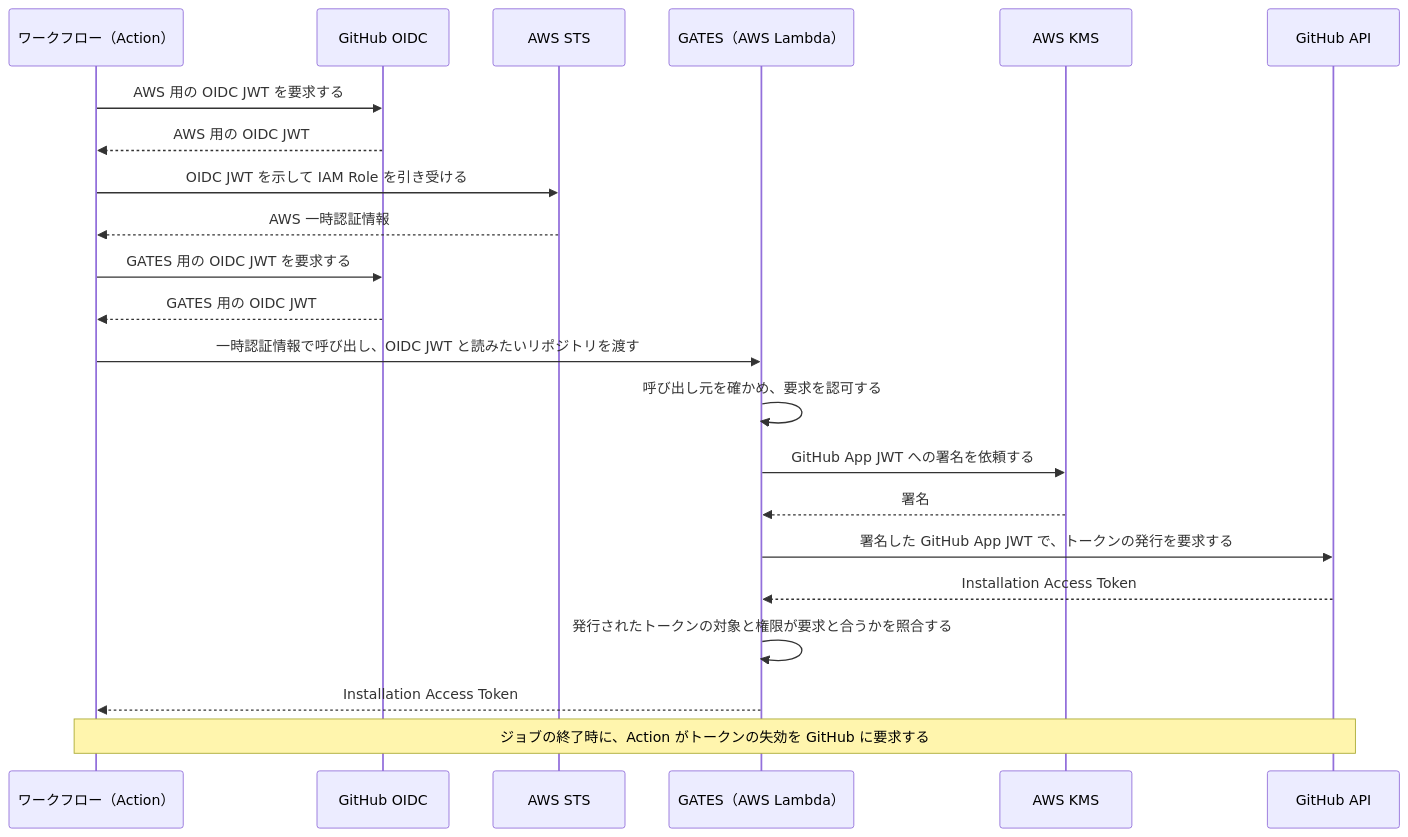
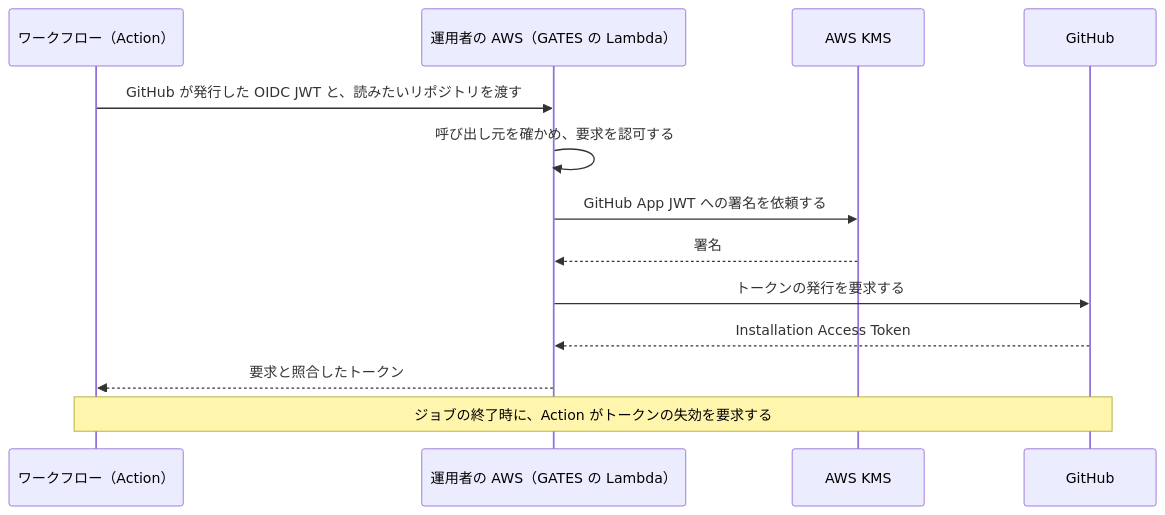
The diagram in docs/user-guide/overview.md (tmknom/gates), drawn with Mermaid before and after one commit. The commit also changed other lines of this file and 15 other files, not shown here.

````diff
--- a/docs/user-guide/overview.md
+++ b/docs/user-guide/overview.md
@@ -25,24 +24,15 @@
 ```mermaid
 sequenceDiagram
     participant W as ワークフロー（Action）
-    participant O as GitHub OIDC
-    participant S as AWS STS
-    participant L as GATES（AWS Lambda）
+    participant A as 運用者の AWS（GATES の Lambda）
     participant K as AWS KMS
-    participant G as GitHub API
-    W->>O: AWS 用の OIDC JWT を要求する
-    O-->>W: AWS 用の OIDC JWT
-    W->>S: OIDC JWT を示して IAM Role を引き受ける
-    S-->>W: AWS 一時認証情報
-    W->>O: GATES 用の OIDC JWT を要求する
-    O-->>W: GATES 用の OIDC JWT
-    W->>L: 一時認証情報で呼び出し、OIDC JWT と読みたいリポジトリを渡す
-    L->>L: 呼び出し元を確かめ、要求を認可する
-    L->>K: GitHub App JWT への署名を依頼する
-    K-->>L: 署名
-    L->>G: 署名した GitHub App JWT で、トークンの発行を要求する
-    G-->>L: Installation Access Token
-    L->>L: 発行されたトークンの対象と権限が要求と合うかを照合する
-    L-->>W: Installation Access Token
-    Note over W,G: ジョブの終了時に、Action がトークンの失効を GitHub に要求する
+    participant G as GitHub
+    W->>A: GitHub が発行した OIDC JWT と、読みたいリポジトリを渡す
+    A->>A: 呼び出し元を確かめ、要求を認可する
+    A->>K: GitHub App JWT への署名を依頼する
+    K-->>A: 署名
+    A->>G: トークンの発行を要求する
+    G-->>A: Installation Access Token
+    A-->>W: 要求と照合したトークン
+    Note over W,G: ジョブの終了時に、Action がトークンの失効を要求する
 ```
````
